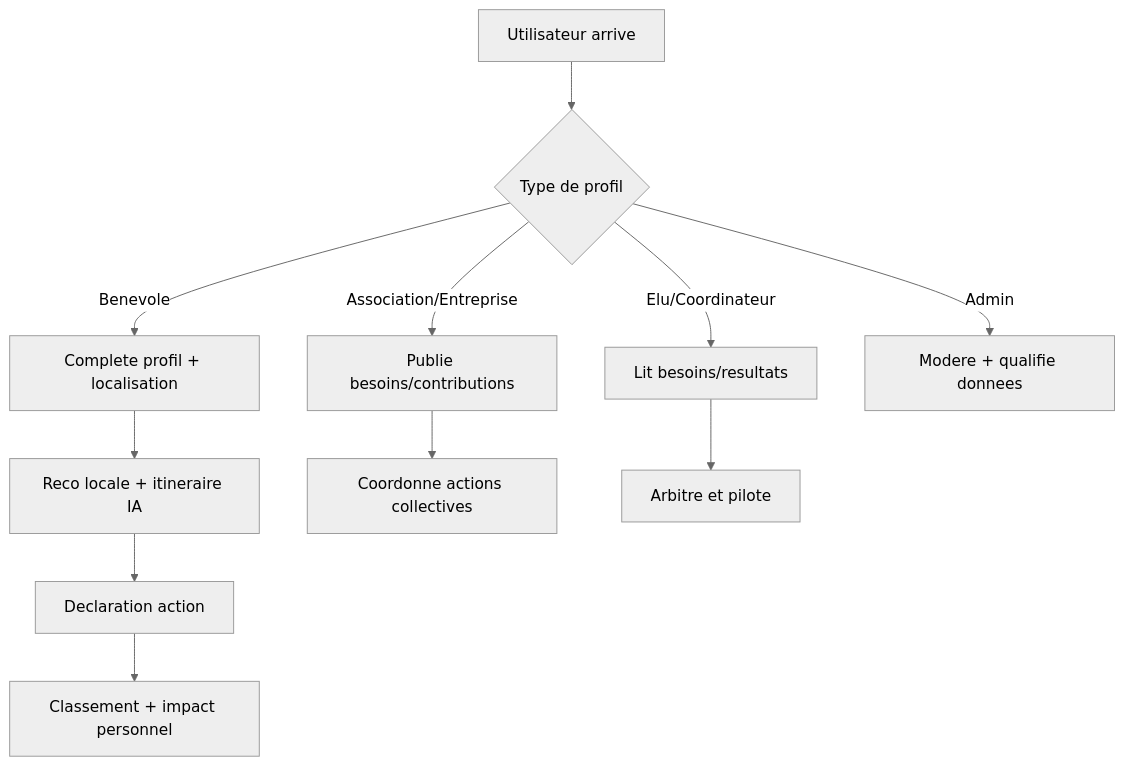
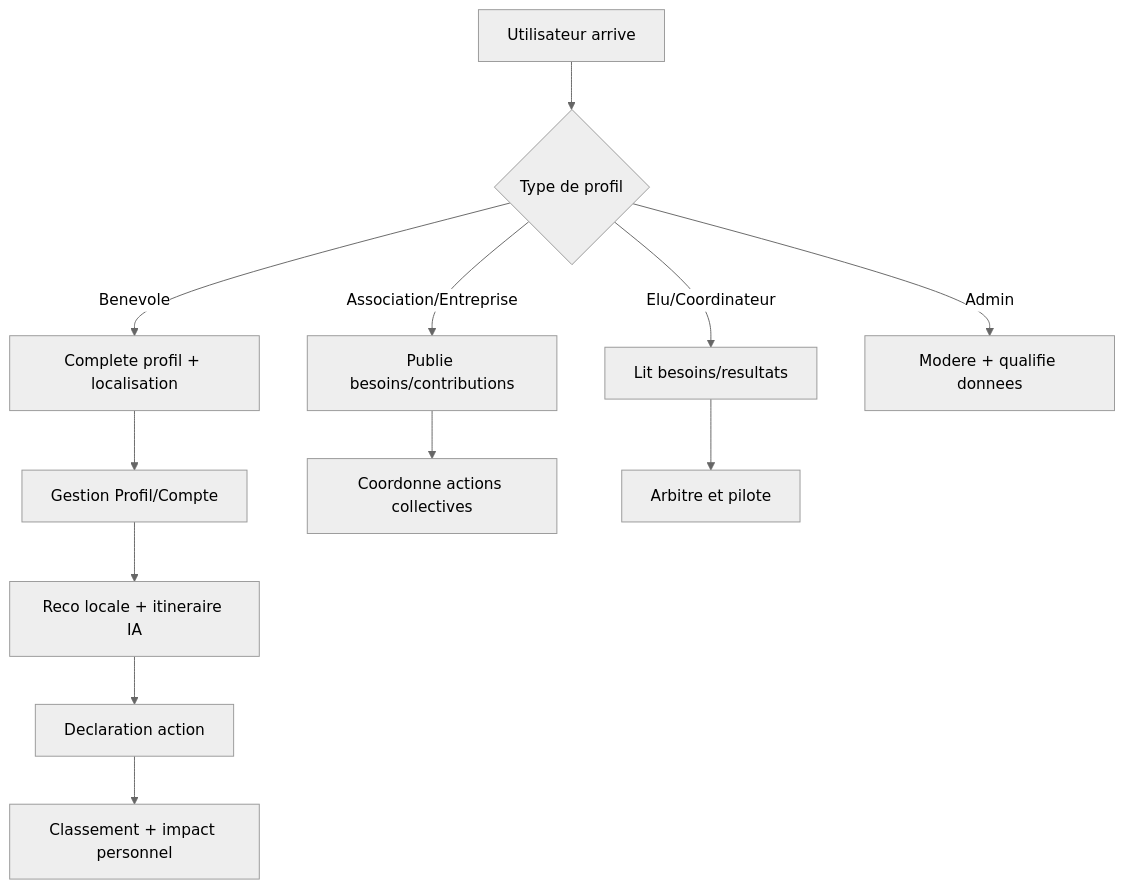
Before and after one commit to maxd4/CleanmyMap: the second of 8 diagrams in documentation/du/visuels-rapport/SOURCE_SCHEMAS.md, drawn with Mermaid (neutral theme). The commit also changed other lines of this file and 5 other files, not shown here.

````diff
--- a/documentation/du/visuels-rapport/SOURCE_SCHEMAS.md
+++ b/documentation/du/visuels-rapport/SOURCE_SCHEMAS.md
@@ -31,13 +31,14 @@
 ```mermaid
 flowchart TD
   A[Utilisateur arrive] --> B{Type de profil}
   B -- Benevole --> C[Complete profil + localisation]
-  C --> D[Reco locale + itineraire IA]
+  C --> CP[Gestion Profil/Compte]
+  CP --> D[Reco locale + itineraire IA]
   D --> E[Declaration action]
   E --> F[Classement + impact personnel]
   B -- Association/Entreprise --> G[Publie besoins/contributions]
   G --> H[Coordonne actions collectives]
   B -- Elu/Coordinateur --> I[Lit besoins/resultats]
   I --> J[Arbitre et pilote]
   B -- Admin --> K[Modere + qualifie donnees]
 ```
````
